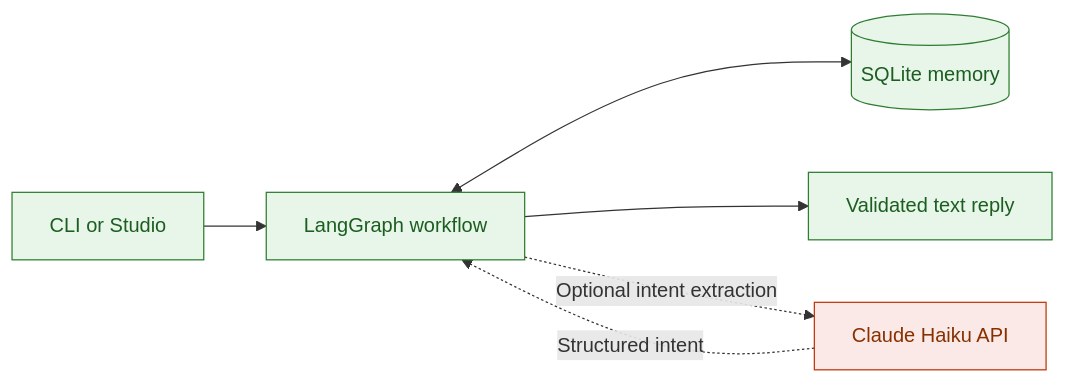
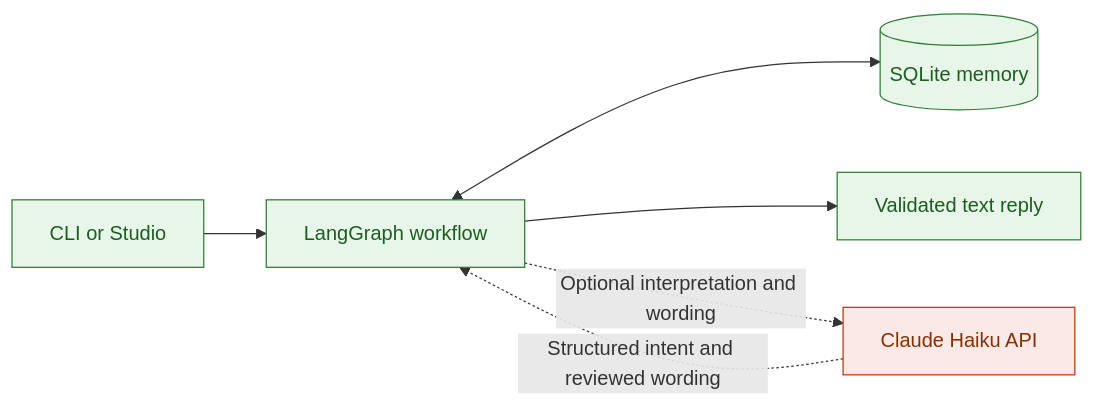
The first of 4 diagrams in README.md (sergiomorapardo/AgenticDebtCollection), drawn with Mermaid before and after one commit. The commit also changed other lines of this file and 4 other files, not shown here.

````diff
--- a/README.md
+++ b/README.md
@@ -9,12 +9,12 @@
 ```mermaid
 flowchart LR
     U[CLI or Studio] --> G[LangGraph workflow]
     G <--> D[(SQLite memory)]
     G --> R[Validated text reply]
-    G -. Optional intent extraction .-> H[Claude Haiku API]
-    H -. Structured intent .-> G
+    G -. Optional interpretation and wording .-> H[Claude Haiku API]
+    H -. Structured intent and reviewed wording .-> G
     classDef local fill:#e8f5e9,stroke:#2e7d32,color:#1b5e20
     classDef paid fill:#fbe9e7,stroke:#bf360c,color:#873000
     class U,G,D,R local
     class H paid
 ```
````
